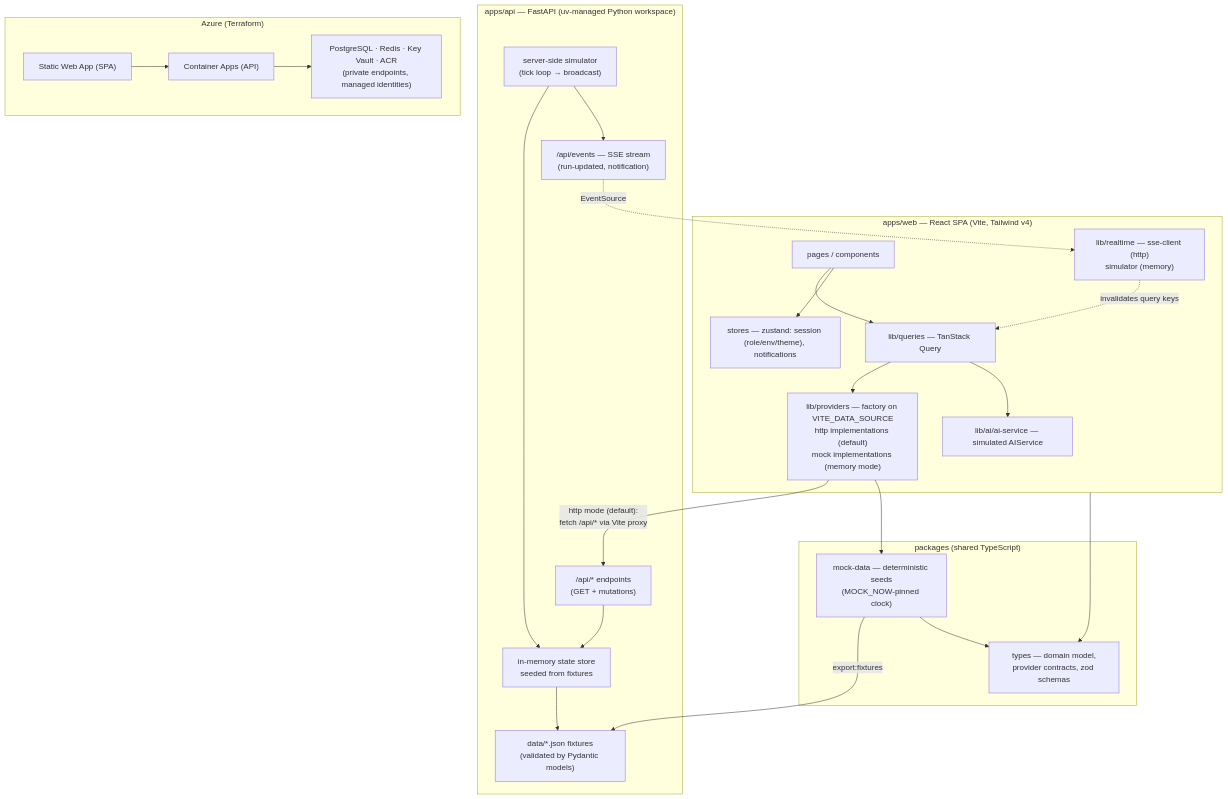
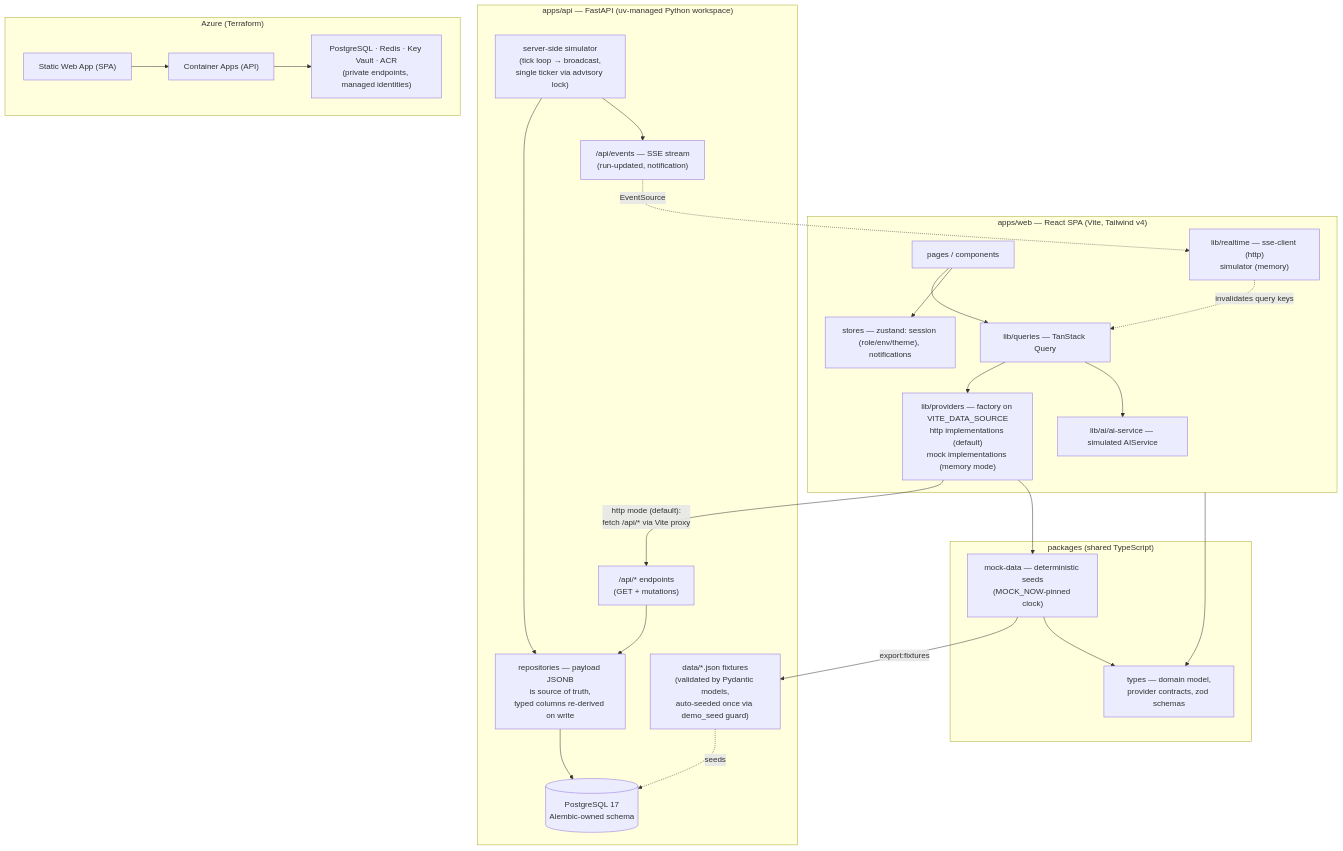
The diagram in docs/architecture.md (acaacx/mithrilops), drawn with Mermaid before and after one commit. The commit also changed other lines of this file and 3 other files, not shown here.

````diff
--- a/docs/architecture.md
+++ b/docs/architecture.md
@@ -5,45 +5,47 @@
 ```mermaid
 flowchart TB
     subgraph web["apps/web — React SPA (Vite, Tailwind v4)"]
         pages["pages / components"]
         queries["lib/queries — TanStack Query"]
         providers["lib/providers — factory on VITE_DATA_SOURCE<br/>http implementations (default)<br/>mock implementations (memory mode)"]
         realtime["lib/realtime — sse-client (http)<br/>simulator (memory)"]
         ai["lib/ai/ai-service — simulated AIService"]
         stores["stores — zustand: session (role/env/theme), notifications"]
         pages --> queries --> providers
         queries --> ai
         realtime -. "invalidates query keys" .-> queries
         pages --> stores
     end
 
     subgraph api["apps/api — FastAPI (uv-managed Python workspace)"]
         endpoints["/api/* endpoints<br/>(GET + mutations)"]
         sse["/api/events — SSE stream<br/>(run-updated, notification)"]
-        sim["server-side simulator<br/>(tick loop → broadcast)"]
-        state["in-memory state store<br/>seeded from fixtures"]
-        fixtures["data/*.json fixtures<br/>(validated by Pydantic models)"]
-        endpoints --> state --> fixtures
-        sim --> state
+        sim["server-side simulator<br/>(tick loop → broadcast,<br/>single ticker via advisory lock)"]
+        repos["repositories — payload JSONB<br/>is source of truth,<br/>typed columns re-derived on write"]
+        pg[("PostgreSQL 17<br/>Alembic-owned schema")]
+        fixtures["data/*.json fixtures<br/>(validated by Pydantic models,<br/>auto-seeded once via demo_seed guard)"]
+        endpoints --> repos --> pg
+        fixtures -. "seeds" .-> pg
+        sim --> repos
         sim --> sse
     end
 
     subgraph packages["packages (shared TypeScript)"]
         types["types — domain model,<br/>provider contracts, zod schemas"]
         mockdata["mock-data — deterministic seeds<br/>(MOCK_NOW-pinned clock)"]
     end
 
     providers -- "http mode (default):<br/>fetch /api/* via Vite proxy" --> endpoints
     sse -. "EventSource" .-> realtime
     mockdata -- "export:fixtures" --> fixtures
     providers --> mockdata
     web --> types
     mockdata --> types
 
     subgraph azure["Azure (Terraform)"]
         swa["Static Web App (SPA)"]
         aca["Container Apps (API)"]
         paas["PostgreSQL · Redis · Key Vault · ACR<br/>(private endpoints, managed identities)"]
         swa --> aca --> paas
     end
 ```
````
